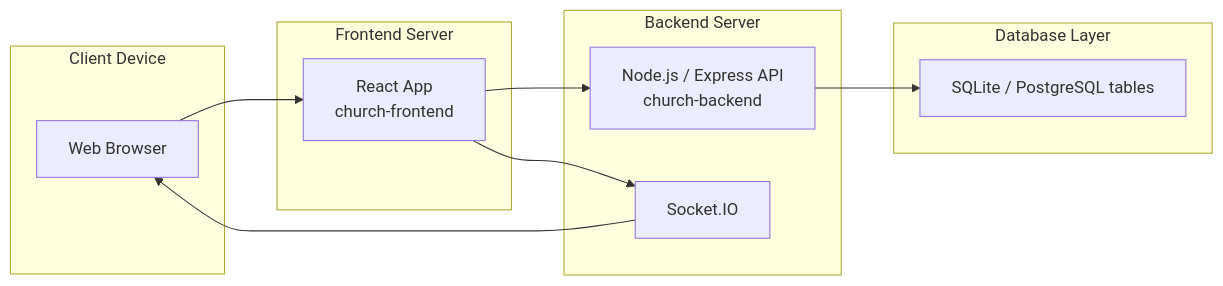
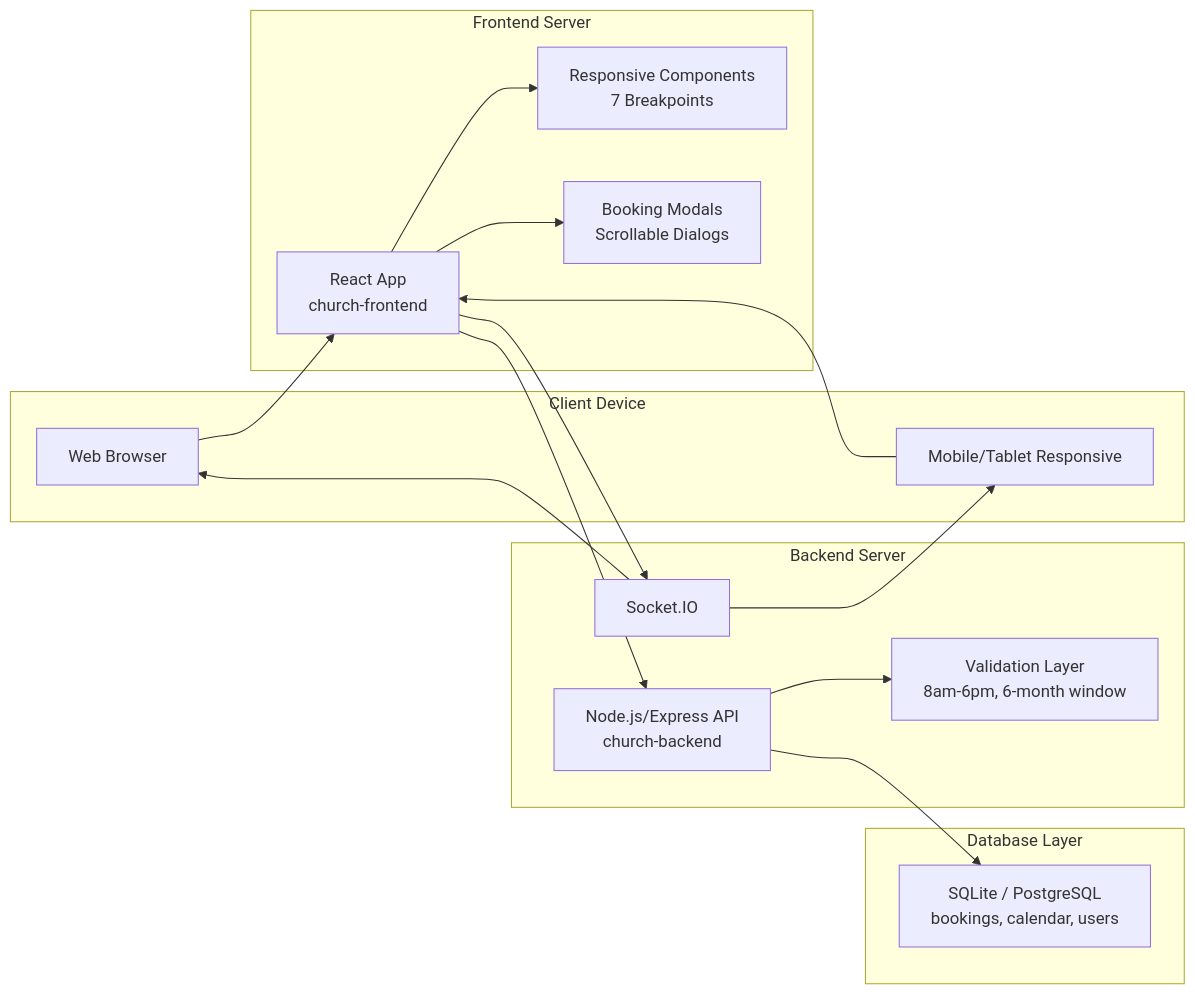
The sixth of 7 diagrams in PROJECT_DIAGRAMS.md (rcamarig-boop/church-booking-system), drawn with Mermaid before and after one commit. The commit also changed other lines of this file, not shown here.

Commit message:
doc: Update PROJECT_DIAGRAMS with responsive design, auto-booking workflow, and mobile patterns

````diff
--- a/PROJECT_DIAGRAMS.md
+++ b/PROJECT_DIAGRAMS.md
@@ -264,25 +283,34 @@
 ```mermaid
 flowchart LR
   subgraph Client["Client Device"]
     Browser["Web Browser"]
+    Mobile["Mobile/Tablet Responsive"]
   end
 
   subgraph Frontend["Frontend Server"]
-    ReactApp["React App\nchurch-frontend"]
+    ReactApp["React App<br/>church-frontend"]
+    Responsive["Responsive Components<br/>7 Breakpoints"]
+    Modal["Booking Modals<br/>Scrollable Dialogs"]
   end
 
   subgraph Backend["Backend Server"]
-    NodeAPI["Node.js / Express API\nchurch-backend"]
+    NodeAPI["Node.js/Express API<br/>church-backend"]
     SocketIO["Socket.IO"]
+    Validation["Validation Layer<br/>8am-6pm, 6-month window"]
   end
 
   subgraph Database["Database Layer"]
-    DB["SQLite / PostgreSQL tables"]
+    DB["SQLite / PostgreSQL<br/>bookings, calendar, users"]
   end
 
   Browser --> ReactApp
+  Mobile --> ReactApp
+  ReactApp --> Responsive
+  ReactApp --> Modal
   ReactApp --> NodeAPI
   ReactApp --> SocketIO
+  NodeAPI --> Validation
   NodeAPI --> DB
   SocketIO --> Browser
+  SocketIO --> Mobile
 ```
````
